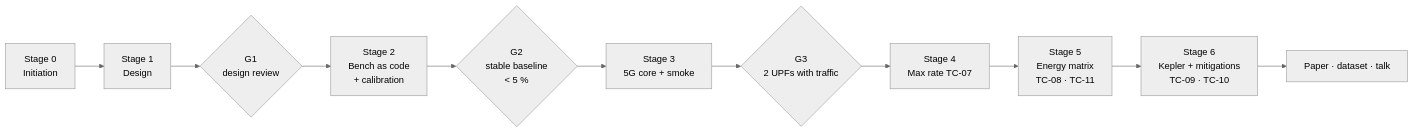
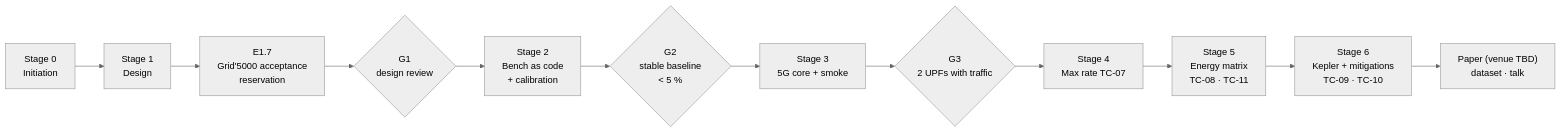
The diagram in docs/figures/stages-and-gates.mmd (BryanTxz10/watts-per-gigabit), drawn with Mermaid (neutral theme) before and after one commit. The commit also changed 15 other files, not shown here.

First line of the commit message:
Restrict Grid'5000 node selection to three-interface clusters; fix paper timeline

```diff
--- a/docs/figures/stages-and-gates.mmd
+++ b/docs/figures/stages-and-gates.mmd
@@ -1,12 +1,13 @@
 %% Stages and gates (docs/methodology.md, section 8).
 flowchart LR
   S0["Stage 0<br/>Initiation"] --> S1["Stage 1<br/>Design"]
-  S1 --> G1{"G1<br/>design review"}
+  S1 --> A["E1.7<br/>Grid'5000 acceptance<br/>reservation"]
+  A --> G1{"G1<br/>design review"}
   G1 --> S2["Stage 2<br/>Bench as code<br/>+ calibration"]
   S2 --> G2{"G2<br/>stable baseline<br/>< 5 %"}
   G2 --> S3["Stage 3<br/>5G core + smoke"]
   S3 --> G3{"G3<br/>2 UPFs with traffic"}
   G3 --> S4["Stage 4<br/>Max rate TC-07"]
   S4 --> S5["Stage 5<br/>Energy matrix<br/>TC-08 · TC-11"]
   S5 --> S6["Stage 6<br/>Kepler + mitigations<br/>TC-09 · TC-10"]
-  S6 --> P["Paper · dataset · talk"]
+  S6 --> P["Paper (venue TBD)<br/>dataset · talk"]
```
